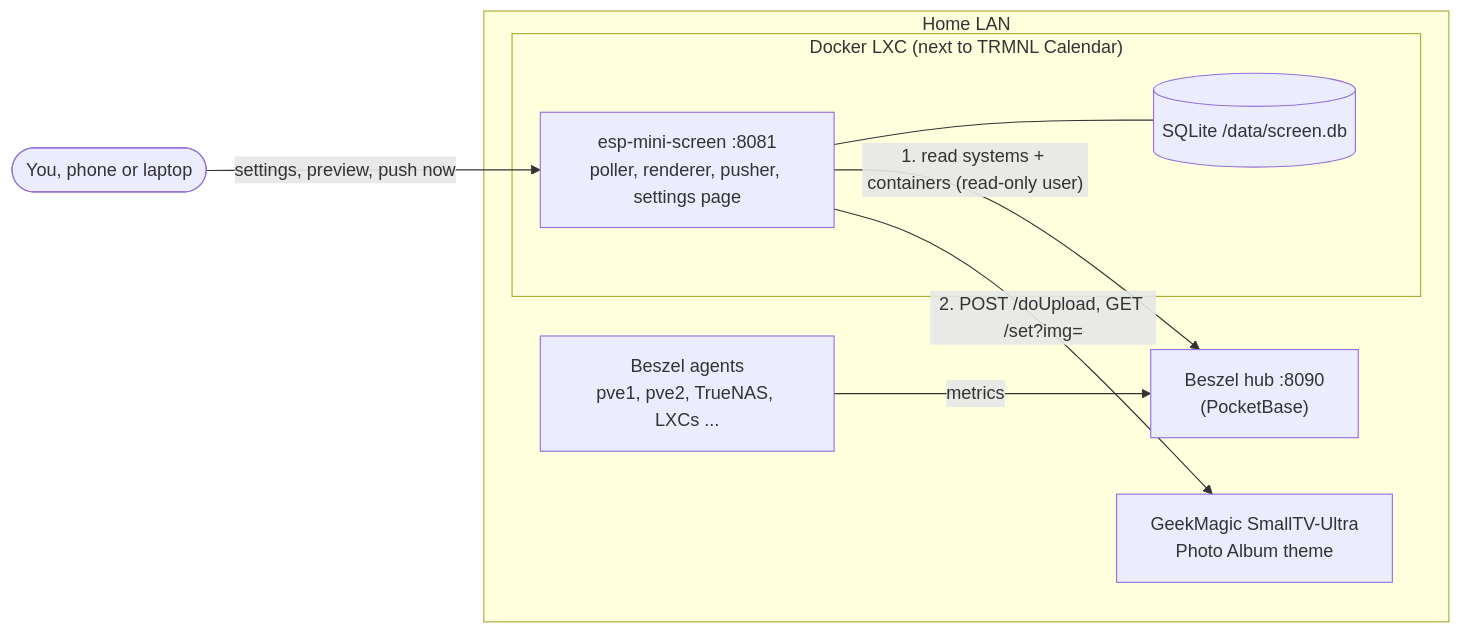
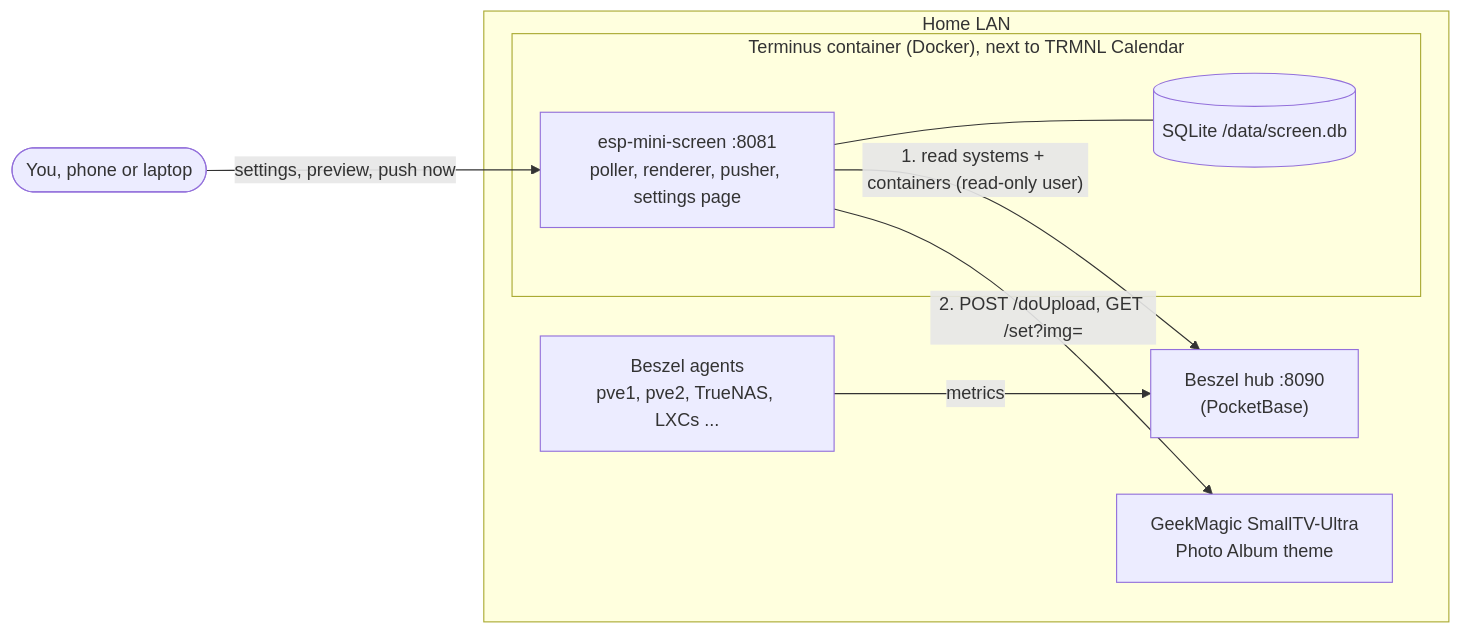
Before and after one commit to sirvishal-homelab/homelab: the first of 2 diagrams in esp-mini-screen/docs/05-design.md, drawn with Mermaid. The commit also changed other lines of this file and 4 other files, not shown here.

````diff
--- a/esp-mini-screen/docs/05-design.md
+++ b/esp-mini-screen/docs/05-design.md
@@ -8,18 +8,18 @@
 ```mermaid
 flowchart LR
   you([You, phone or laptop])
   subgraph lan["Home LAN"]
-    subgraph docker["Docker LXC (next to TRMNL Calendar)"]
+    subgraph docker["Terminus container (Docker), next to TRMNL Calendar"]
       app["esp-mini-screen :8081<br/>poller, renderer, pusher, settings page"]
       db[("SQLite /data/screen.db")]
     end
     hub["Beszel hub :8090<br/>(PocketBase)"]
     agents["Beszel agents<br/>pve1, pve2, TrueNAS, LXCs ..."]
     screen["GeekMagic SmallTV-Ultra<br/>Photo Album theme"]
   end
   you -->|"settings, preview, push now"| app
   app --- db
   app -->|"1. read systems + containers (read-only user)"| hub
   agents -->|metrics| hub
   app -->|"2. POST /doUpload, GET /set?img="| screen
 ```
````
